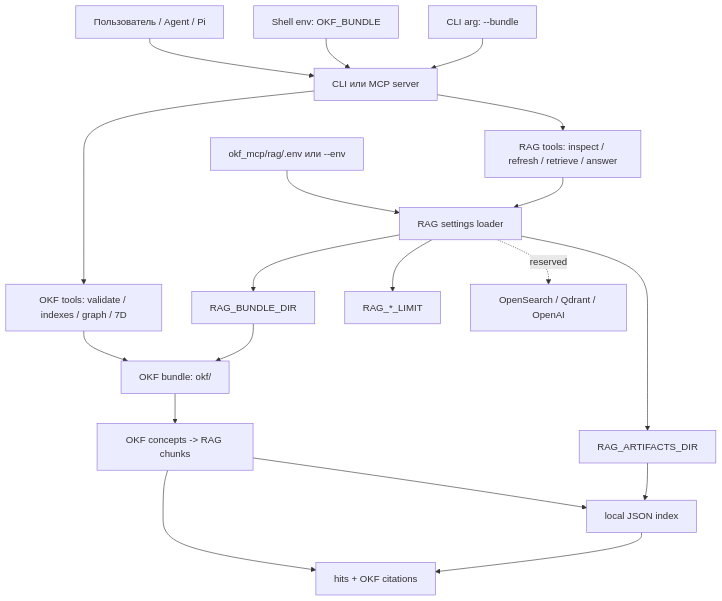
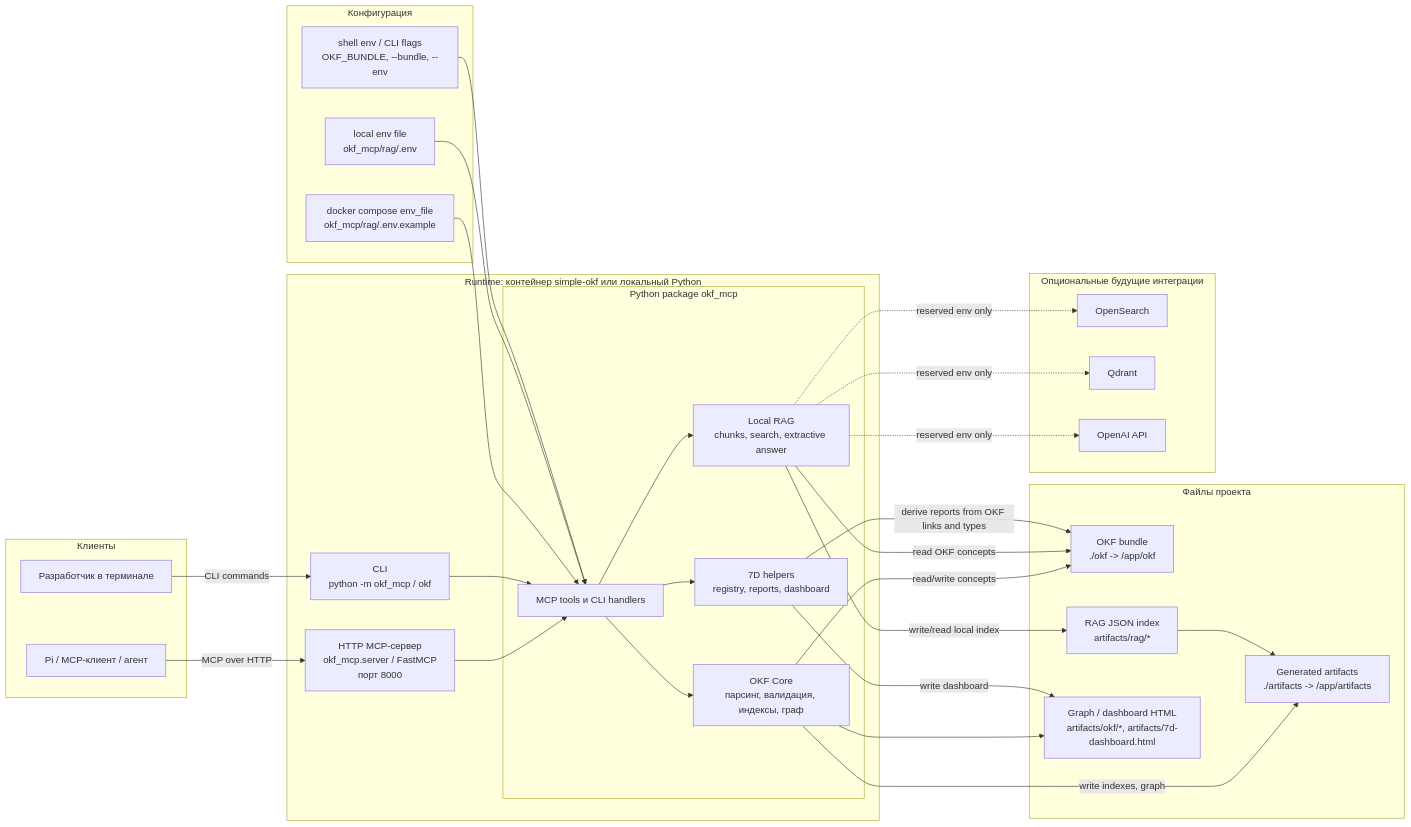
The diagram in README.md (18studio/simple_okf), drawn with Mermaid before and after one commit. The commit also changed other lines of this file and 5 other files, not shown here.

````diff
--- a/README.md
+++ b/README.md
@@ -100,25 +125,66 @@
 ```mermaid
-flowchart TD
-    user["Пользователь / Agent / Pi"] --> entry["CLI или MCP server"]
-    okfBundleEnv["Shell env: OKF_BUNDLE"] --> entry
-    bundleArg["CLI arg: --bundle"] --> entry
+flowchart LR
+    subgraph clients["Клиенты"]
+        pi["Pi / MCP-клиент / агент"]
+        developer["Разработчик в терминале"]
+    end
 
-    entry --> okfTools["OKF tools: validate / indexes / graph / 7D"]
-    entry --> ragTools["RAG tools: inspect / refresh / retrieve / answer"]
+    subgraph runtime["Runtime: контейнер simple-okf или локальный Python"]
+        mcpServer["HTTP MCP-сервер\nokf_mcp.server / FastMCP\nпорт 8000"]
+        cli["CLI\npython -m okf_mcp / okf"]
 
-    okfTools --> okfBundle["OKF bundle: okf/"]
+        subgraph app["Python package okf_mcp"]
+            toolApi["MCP tools и CLI handlers"]
+            okfCore["OKF Core\nпарсинг, валидация, индексы, граф"]
+            ragCore["Local RAG\nchunks, search, extractive answer"]
+            sevenD["7D helpers\nregistry, reports, dashboard"]
+        end
+    end
 
-    ragEnv["okf_mcp/rag/.env или --env"] --> settings["RAG settings loader"]
-    settings --> ragBundle["RAG_BUNDLE_DIR"]
-    settings --> ragArtifacts["RAG_ARTIFACTS_DIR"]
-    settings --> ragLimits["RAG_*_LIMIT"]
-    settings -. reserved .-> futureProviders["OpenSearch / Qdrant / OpenAI"]
+    subgraph config["Конфигурация"]
+        composeEnv["docker compose env_file\nokf_mcp/rag/.env.example"]
+        localEnv["local env file\nokf_mcp/rag/.env"]
+        shellEnv["shell env / CLI flags\nOKF_BUNDLE, --bundle, --env"]
+    end
 
-    ragTools --> settings
-    ragBundle --> okfBundle
-    okfBundle --> corpus["OKF concepts -> RAG chunks"]
-    corpus --> localIndex["local JSON index"]
-    ragArtifacts --> localIndex
-    corpus --> results["hits + OKF citations"]
-    localIndex --> results
+    subgraph storage["Файлы проекта"]
+        okfBundle["OKF bundle\n./okf -> /app/okf"]
+        artifacts["Generated artifacts\n./artifacts -> /app/artifacts"]
+        ragIndex["RAG JSON index\nartifacts/rag/*"]
+        graphFiles["Graph / dashboard HTML\nartifacts/okf/*, artifacts/7d-dashboard.html"]
+    end
+
+    subgraph future["Опциональные будущие интеграции"]
+        opensearch["OpenSearch"]
+        qdrant["Qdrant"]
+        openai["OpenAI API"]
+    end
+
+    pi -->|"MCP over HTTP"| mcpServer
+    developer -->|"CLI commands"| cli
+    mcpServer --> toolApi
+    cli --> toolApi
+
+    composeEnv --> toolApi
+    localEnv --> toolApi
+    shellEnv --> toolApi
+
+    toolApi --> okfCore
+    toolApi --> ragCore
+    toolApi --> sevenD
+
+    okfCore -->|"read/write concepts"| okfBundle
+    okfCore -->|"write indexes, graph"| artifacts
+    okfCore --> graphFiles
+
+    ragCore -->|"read OKF concepts"| okfBundle
+    ragCore -->|"write/read local index"| ragIndex
+    ragIndex --> artifacts
+
+    sevenD -->|"derive reports from OKF links and types"| okfBundle
+    sevenD -->|"write dashboard"| graphFiles
+
+    ragCore -. reserved env only .-> opensearch
+    ragCore -. reserved env only .-> qdrant
+    ragCore -. reserved env only .-> openai
 ```
````
